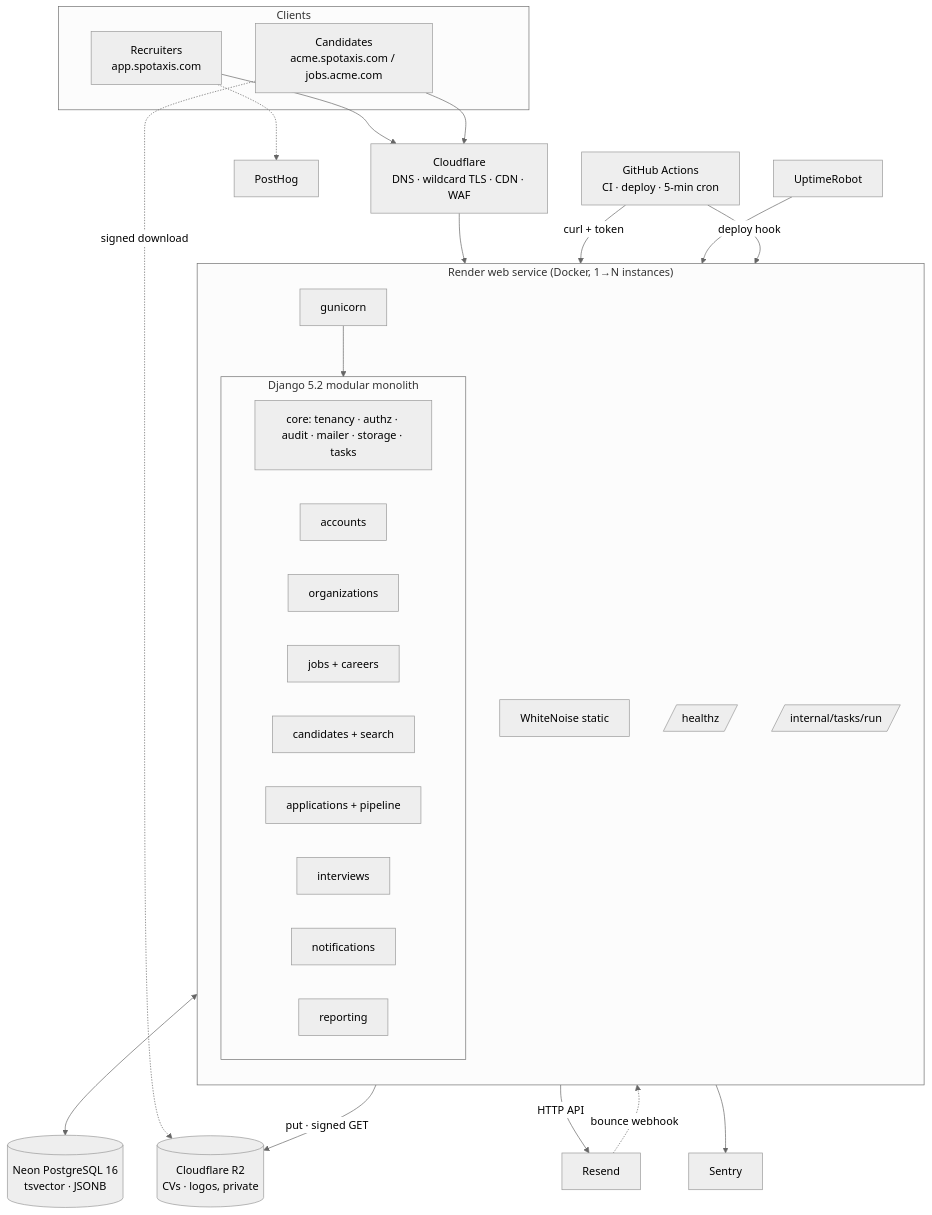
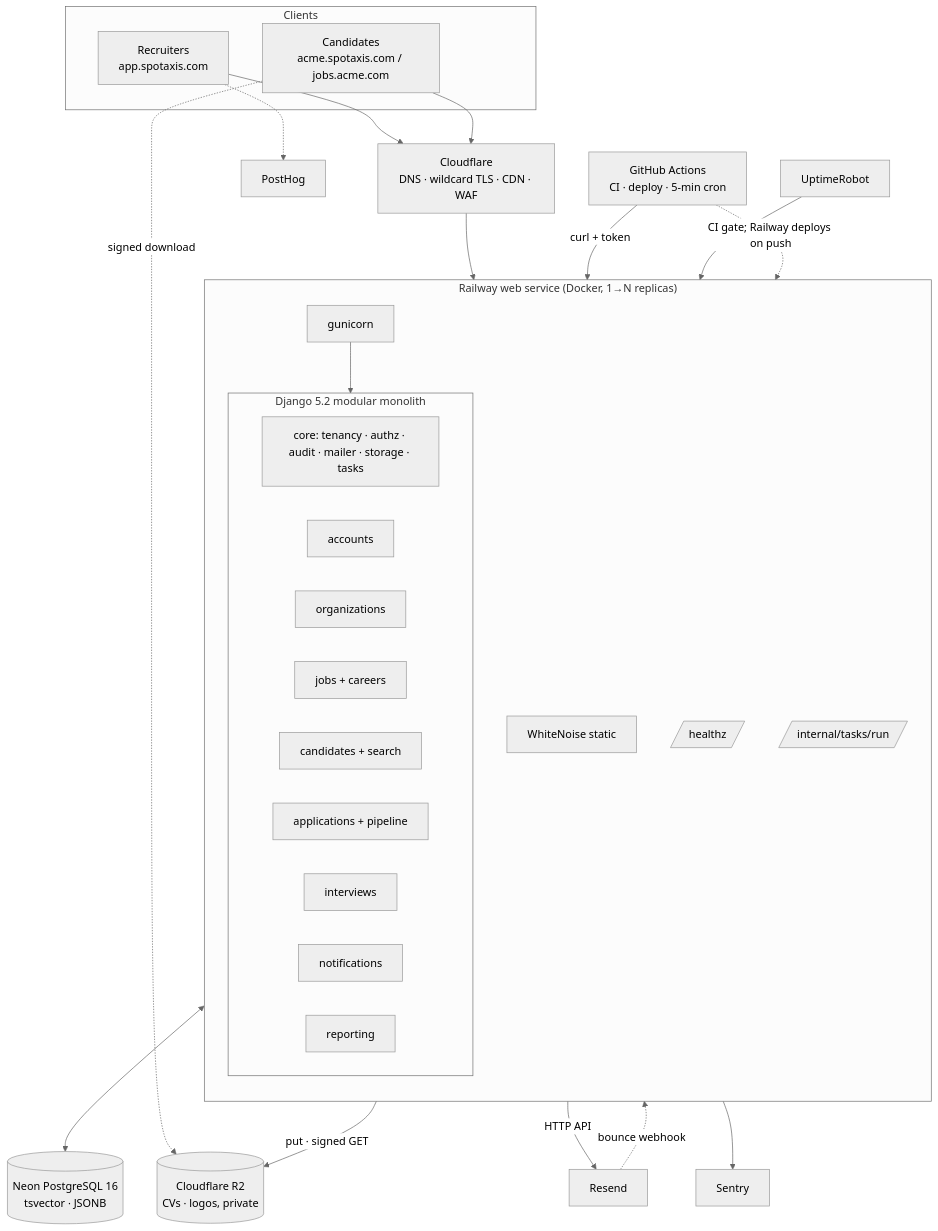
One commit to tau2020/SpotAxis changed the fourth of 4 diagrams in docs/MVP_ARCHITECTURE_PLAN.md. Above: the diagram before and after it, drawn with Mermaid (neutral theme). The commit also changed other lines of this file, not shown here.

First line of the commit message:
docs: switch hosting recommendation from Render to Railway

````diff
--- a/docs/MVP_ARCHITECTURE_PLAN.md
+++ b/docs/MVP_ARCHITECTURE_PLAN.md
@@ -928,52 +928,52 @@
 ```mermaid
 flowchart TB
     subgraph Clients
         REC[Recruiters<br/>app.spotaxis.com]
         CAND[Candidates<br/>acme.spotaxis.com / jobs.acme.com]
     end
 
     CF[Cloudflare<br/>DNS · wildcard TLS · CDN · WAF]
 
-    subgraph RenderSvc["Render web service (Docker, 1→N instances)"]
+    subgraph RailwaySvc["Railway web service (Docker, 1→N replicas)"]
         direction TB
         GUN[gunicorn]
         subgraph Django["Django 5.2 modular monolith"]
             direction LR
             CORE[core: tenancy · authz · audit · mailer · storage · tasks]
             ACC[accounts]
             ORG[organizations]
             JOBS[jobs + careers]
             CANDS[candidates + search]
             APPS[applications + pipeline]
             INTV[interviews]
             NOTIF[notifications]
             REPORT[reporting]
         end
         WN[WhiteNoise static]
         HZ[/healthz/]
         TASKR[/internal/tasks/run/]
         GUN --> Django
     end
 
     NEON[(Neon PostgreSQL 16<br/>tsvector · JSONB)]
     R2[(Cloudflare R2<br/>CVs · logos, private)]
     RESEND[Resend]
     SENTRY[Sentry]
     PH[PostHog]
     GHA[GitHub Actions<br/>CI · deploy · 5-min cron]
     UR[UptimeRobot]
 
     REC --> CF
     CAND --> CF
     CF --> GUN
     Django <--> NEON
     Django -->|put · signed GET| R2
     CAND -.->|signed download| R2
     Django -->|HTTP API| RESEND
     RESEND -.->|bounce webhook| Django
     Django --> SENTRY
     REC -.-> PH
     GHA -->|curl + token| TASKR
-    GHA -->|deploy hook| RenderSvc
+    GHA -.->|CI gate; Railway deploys on push| RailwaySvc
     UR --> HZ
 ```
````
